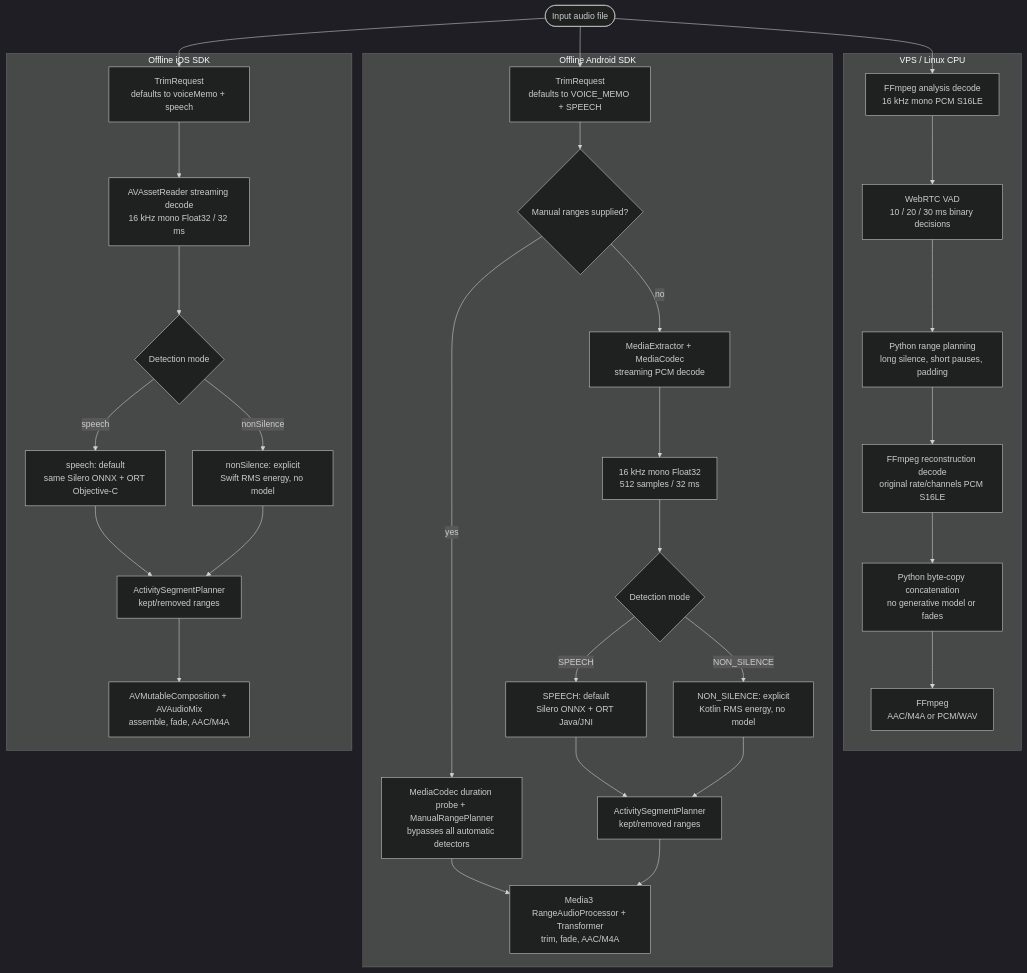
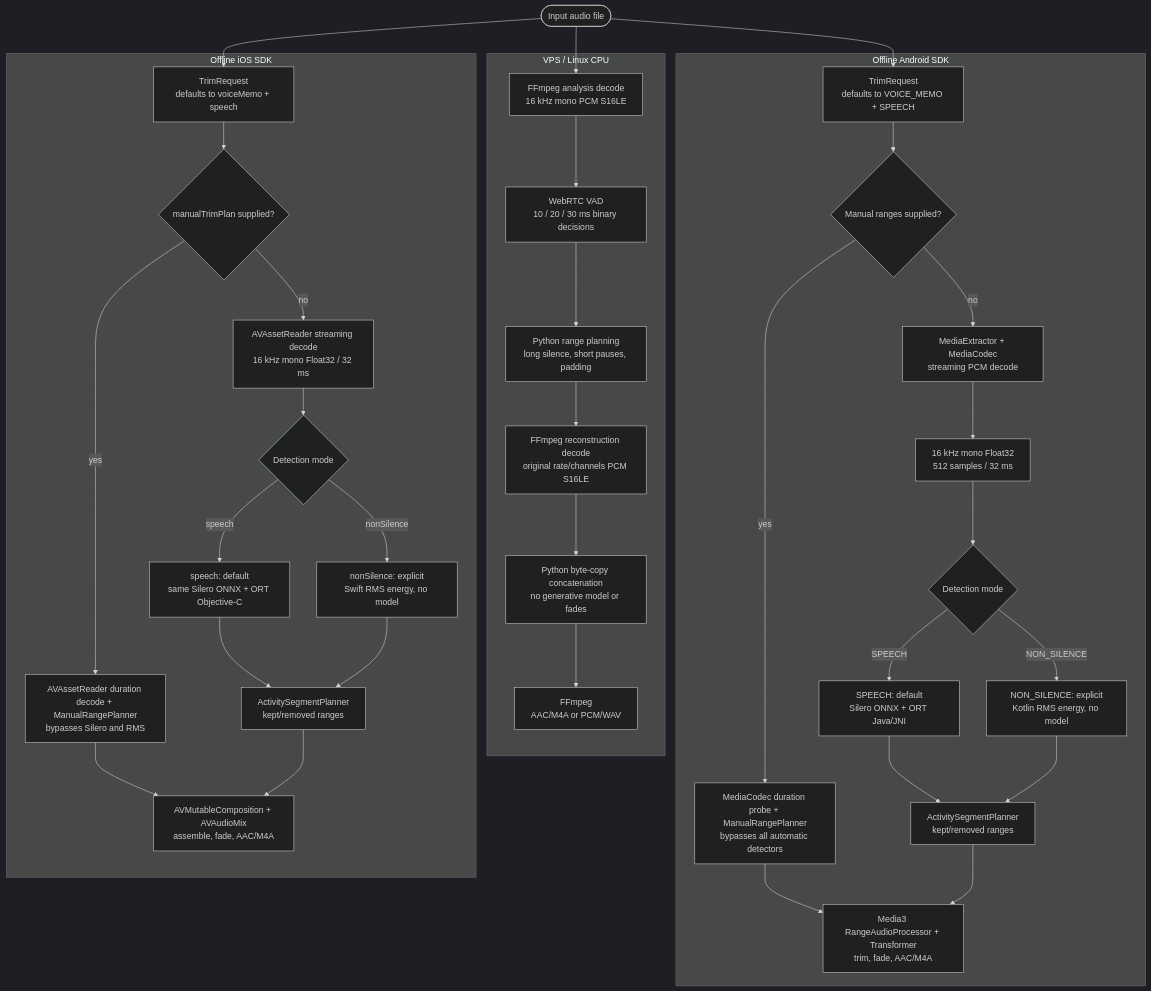
Before and after one commit to tianrking/vad_solution: the diagram in README_EN.md, drawn with Mermaid (dark theme). The commit also changed other lines of this file and 19 other files, not shown here.

Commit message:
Complete iOS SDK parity and manual trim chain

````diff
--- a/README_EN.md
+++ b/README_EN.md
@@ -51,51 +51,55 @@
 ```mermaid
 flowchart TB
     INPUT(["Input audio file"])
 
     subgraph VPS["VPS / Linux CPU"]
         V1["FFmpeg analysis decode<br/>16 kHz mono PCM S16LE"]
         V2["WebRTC VAD<br/>10 / 20 / 30 ms binary decisions"]
         V3["Python range planning<br/>long silence, short pauses, padding"]
         V4["FFmpeg reconstruction decode<br/>original rate/channels PCM S16LE"]
         V5["Python byte-copy concatenation<br/>no generative model or fades"]
         V6["FFmpeg<br/>AAC/M4A or PCM/WAV"]
         V1 --> V2 --> V3 --> V4 --> V5 --> V6
     end
 
     subgraph ANDROID["Offline Android SDK"]
         A0["TrimRequest<br/>defaults to VOICE_MEMO + SPEECH"]
         A1{"Manual ranges supplied?"}
         AM["MediaCodec duration probe + ManualRangePlanner<br/>bypasses all automatic detectors"]
         A2["MediaExtractor + MediaCodec<br/>streaming PCM decode"]
         A3["16 kHz mono Float32<br/>512 samples / 32 ms"]
         A4{"Detection mode"}
         AS["SPEECH: default<br/>Silero ONNX + ORT Java/JNI"]
         AE["NON_SILENCE: explicit<br/>Kotlin RMS energy, no model"]
         AP["ActivitySegmentPlanner<br/>kept/removed ranges"]
         AX["Media3 RangeAudioProcessor + Transformer<br/>trim, fade, AAC/M4A"]
         A0 --> A1
         A1 -- "yes" --> AM --> AX
         A1 -- "no" --> A2 --> A3 --> A4
         A4 -- "SPEECH" --> AS --> AP
         A4 -- "NON_SILENCE" --> AE --> AP
         AP --> AX
     end
 
     subgraph IOS["Offline iOS SDK"]
         I0["TrimRequest<br/>defaults to voiceMemo + speech"]
-        I1["AVAssetReader streaming decode<br/>16 kHz mono Float32 / 32 ms"]
+        I1{"manualTrimPlan supplied?"}
+        IM["AVAssetReader duration decode + ManualRangePlanner<br/>bypasses Silero and RMS"]
+        ID["AVAssetReader streaming decode<br/>16 kHz mono Float32 / 32 ms"]
         I2{"Detection mode"}
         IS["speech: default<br/>same Silero ONNX + ORT Objective-C"]
         IE["nonSilence: explicit<br/>Swift RMS energy, no model"]
         IP["ActivitySegmentPlanner<br/>kept/removed ranges"]
         IX["AVMutableComposition + AVAudioMix<br/>assemble, fade, AAC/M4A"]
-        I0 --> I1 --> I2
+        I0 --> I1
+        I1 -- "yes" --> IM --> IX
+        I1 -- "no" --> ID --> I2
         I2 -- "speech" --> IS --> IP
         I2 -- "nonSilence" --> IE --> IP
         IP --> IX
     end
 
     INPUT --> V1
     INPUT --> A0
     INPUT --> I0
 ```
````
